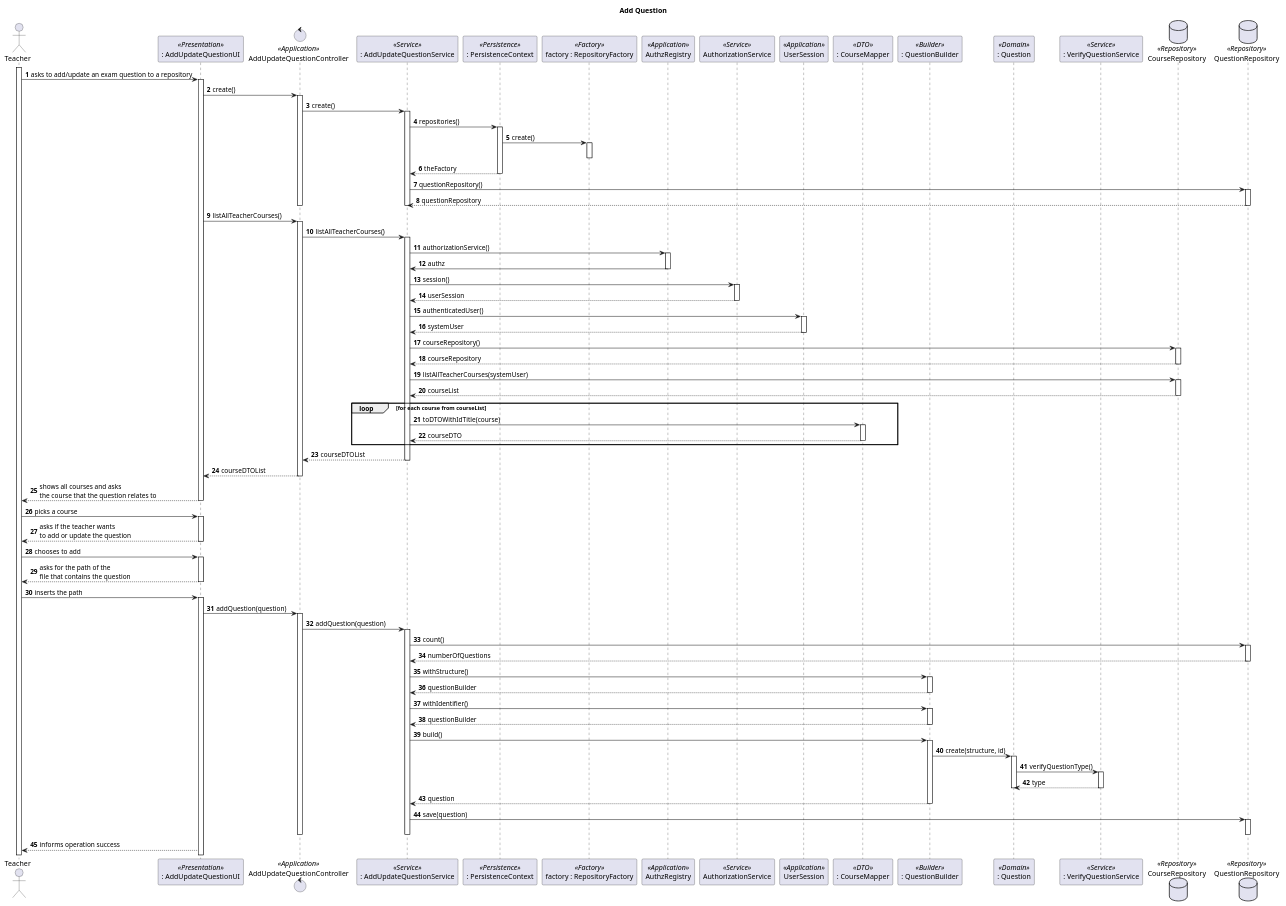
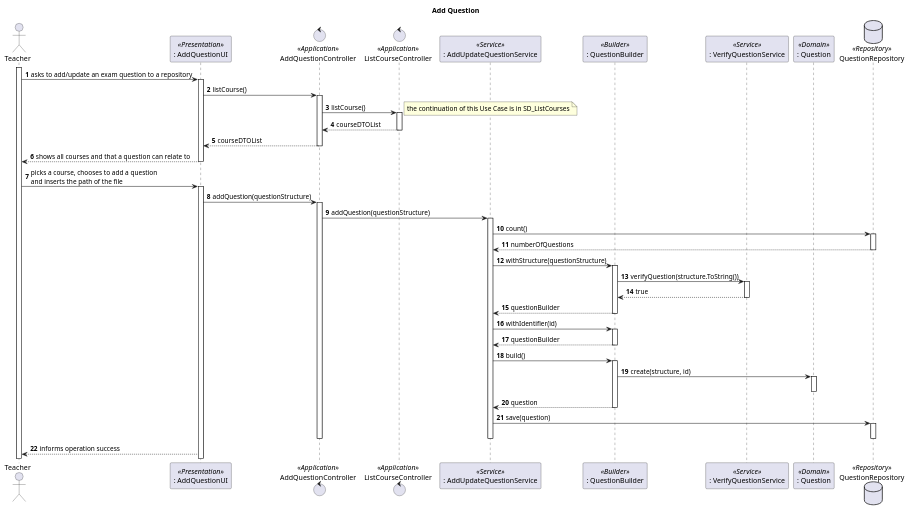
The diagram in docs/Sprint_B/us_2007/us_2007_SD_add.puml (Marco-Nobrega-Andrade/sem4pi_22_23), drawn with PlantUML before and after one commit. The commit also changed 9 other files, not shown here.

```diff
--- a/docs/Sprint_B/us_2007/us_2007_SD_add.puml
+++ b/docs/Sprint_B/us_2007/us_2007_SD_add.puml
@@ -1,139 +1,79 @@
 @startuml
 autonumber
 title Add Question
 
 actor "Teacher" as T
 
-participant ": AddUpdateQuestionUI" as UI <<Presentation>>
-control "AddUpdateQuestionController" as CTRL <<Application>>
+participant ": AddQuestionUI" as UI <<Presentation>>
+control "AddQuestionController" as CTRL <<Application>>
+control "ListCourseController" as LCCTRL <<Application>>
 participant ": AddUpdateQuestionService" as AUQS <<Service>>
-participant ": PersistenceContext" as PC <<Persistence>>
-participant "factory : RepositoryFactory" as RF <<Factory>>
-participant "AuthzRegistry" as AR <<Application>>
-participant "AuthorizationService" as AS <<Service>>
-participant "UserSession" as US <<Application>>
-
-participant ": CourseMapper" as CM <<DTO>>
 participant ": QuestionBuilder" as QB <<Builder>>
+participant ": VerifyQuestionService" as VQS <<Service>>
 participant ": Question" as Q <<Domain>>
-participant ": VerifyQuestionService" as VQS <<Service>>
-database CourseRepository as CR <<Repository>>
 database QuestionRepository as QR <<Repository>>
 
 activate T
 T -> UI : asks to add/update an exam question to a repository
 activate UI
-UI -> CTRL  : create()
+
+
+UI -> CTRL : listCourse()
 activate CTRL
-CTRL -> AUQS  : create()
-
-activate AUQS
-AUQS -> PC : repositories()
-activate PC
-PC -> RF : create()
-activate RF
-deactivate RF
-PC --> AUQS : theFactory
-deactivate PC
-AUQS -> QR : questionRepository()
-activate QR
-QR --> AUQS : questionRepository
-deactivate QR
-
-deactivate AUQS
+CTRL->LCCTRL : listCourse()
+note right: the continuation of this Use Case is in SD_ListCourses
+activate LCCTRL
+LCCTRL --> CTRL : courseDTOList
+deactivate LCCTRL
+CTRL --> UI :courseDTOList
 deactivate CTRL
 
 
-UI->CTRL : listAllTeacherCourses()
-activate CTRL
-CTRL-> AUQS : listAllTeacherCourses()
-activate AUQS
-AUQS -> AR: authorizationService()
-activate AR
-AR -> AUQS: authz
-deactivate AR
-AUQS -> AS: session()
-activate AS
-AS --> AUQS: userSession
-deactivate AS
-AUQS -> US: authenticatedUser()
-activate US
-US --> AUQS : systemUser
-deactivate US
-AUQS ->CR : courseRepository()
-activate CR
-CR --> AUQS : courseRepository
-deactivate CR
-AUQS -> CR : listAllTeacherCourses(systemUser)
-activate CR
-CR --> AUQS : courseList
-deactivate CR
-deactivate CR
-loop for each course from courseList
-AUQS -> CM : toDTOWithIdTitle(course)
-activate CM
-
-CM --> AUQS : courseDTO
-deactivate CM
-end loop
-AUQS --> CTRL : courseDTOList
-deactivate AUQS
-CTRL --> UI : courseDTOList
-deactivate CTRL
-
-UI --> T : shows all courses and asks \rthe course that the question relates to
+UI --> T : shows all courses and that a question can relate to
 deactivate UI
 
-T -> UI : picks a course
+T -> UI : picks a course, chooses to add a question \rand inserts the path of the file
 activate UI
 
-UI --> T : asks if the teacher wants \nto add or update the question
-deactivate UI
-T -> UI : chooses to add
-activate UI
-UI --> T : asks for the path of the \nfile that contains the question
-deactivate UI
-
-T-> UI : inserts the path
-activate UI
-UI -> CTRL : addQuestion(question)
+UI -> CTRL : addQuestion(questionStructure)
 activate CTRL
 
-CTRL -> AUQS : addQuestion(question)
+CTRL -> AUQS : addQuestion(questionStructure)
 activate AUQS
 
 AUQS -> QR : count()
 activate QR
 QR --> AUQS : numberOfQuestions
 deactivate QR
-AUQS -> QB : withStructure()
+AUQS -> QB : withStructure(questionStructure)
 activate QB
+QB -> VQS : verifyQuestion(structure.ToString())
+activate VQS
+VQS --> QB : true
+deactivate VQS
 QB --> AUQS : questionBuilder
 deactivate QB
-AUQS -> QB : withIdentifier()
+AUQS -> QB : withIdentifier(id)
 activate QB
 QB --> AUQS : questionBuilder
 deactivate QB
 AUQS -> QB : build()
 activate QB
 
 QB -> Q : create(structure, id)
 activate Q
-Q -> VQS : verifyQuestionType()
-activate VQS
-VQS --> Q : type
-deactivate VQS
+
 deactivate Q
 QB --> AUQS : question
 deactivate QB
 
 
 AUQS -> QR : save(question)
 activate QR
 deactivate QR
 deactivate AUQS
 deactivate CTRL
 
 UI--> T : informs operation success
 
 @enduml
```
